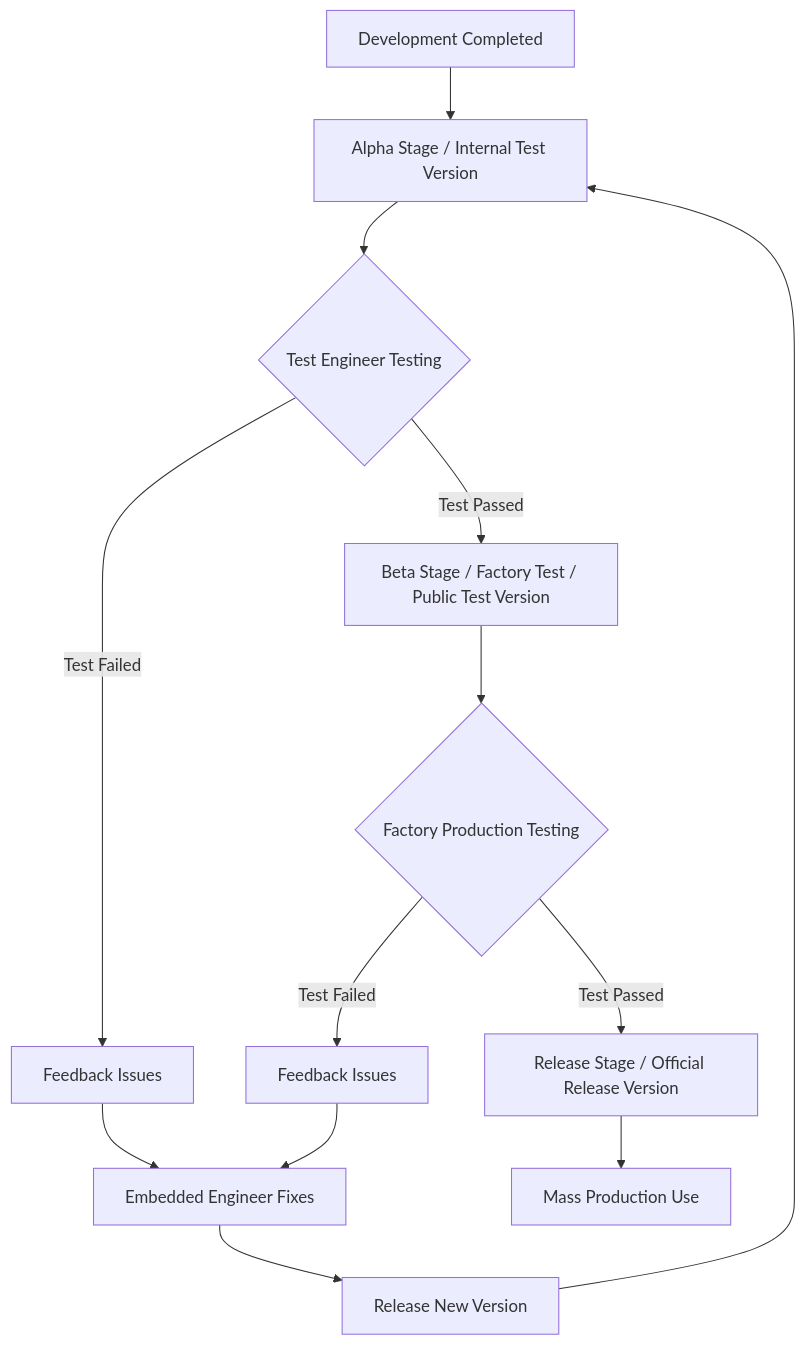
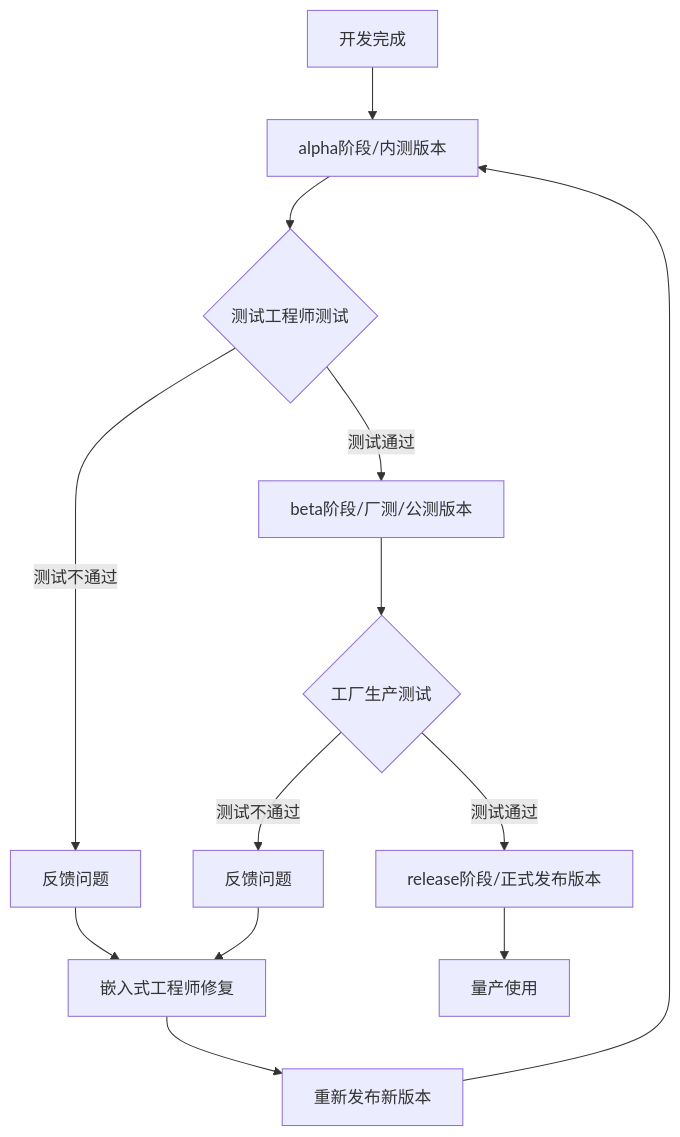
The diagram in README.md (drinktoomuchsax/Tangible-Future-Embedded-Dev-Guidelines), drawn with Mermaid before and after one commit.

Commit message:
fix: 尝试修复mermaid语法错误，将 flowchart TD 改为 graph TD

````diff
--- a/README.md
+++ b/README.md
@@ -92,17 +92,17 @@
 ```mermaid
-flowchart TD
-    A[Development Completed] --> B[Alpha Stage / Internal Test Version]
-    B --> C{Test Engineer Testing}
-    C -->|Test Passed| D[Beta Stage / Factory Test / Public Test Version]
-    C -->|Test Failed| E[Feedback Issues]
-    E --> F[Embedded Engineer Fixes]
-    F --> G[Release New Version]
+graph TD
+    A[开发完成] --> B[alpha阶段/内测版本]
+    B --> C{测试工程师测试}
+    C -->|测试通过| D[beta阶段/厂测/公测版本]
+    C -->|测试不通过| E[反馈问题]
+    E --> F[嵌入式工程师修复]
+    F --> G[重新发布新版本]
     G --> B
-
-    D --> H{Factory Production Testing}
-    H -->|Test Passed| I[Release Stage / Official Release Version]
-    H -->|Test Failed| J[Feedback Issues]
+    
+    D --> H{工厂生产测试}
+    H -->|测试通过| I[release阶段/正式发布版本]
+    H -->|测试不通过| J[反馈问题]
     J --> F
-
-    I --> K[Mass Production Use]
+    
+    I --> K[量产使用]
 ```
````
